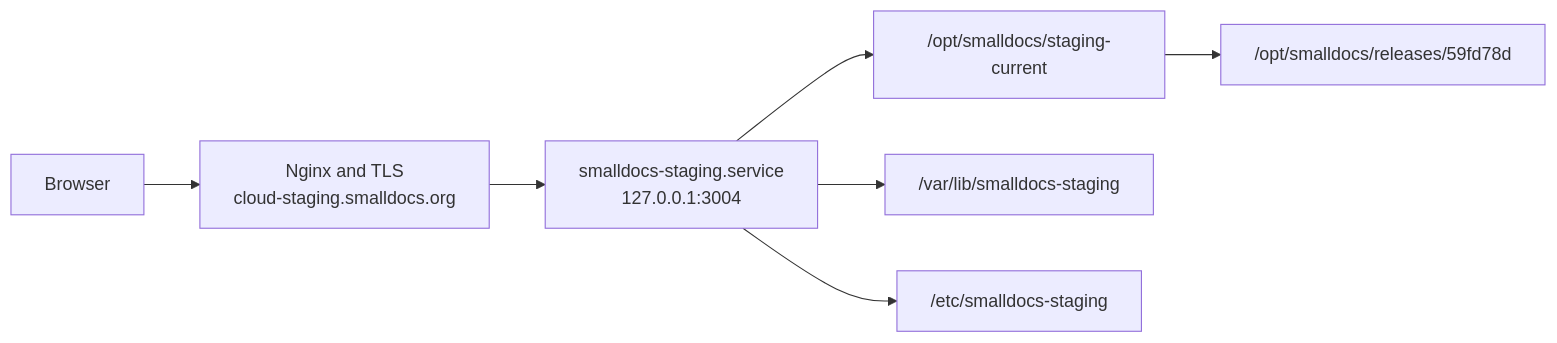
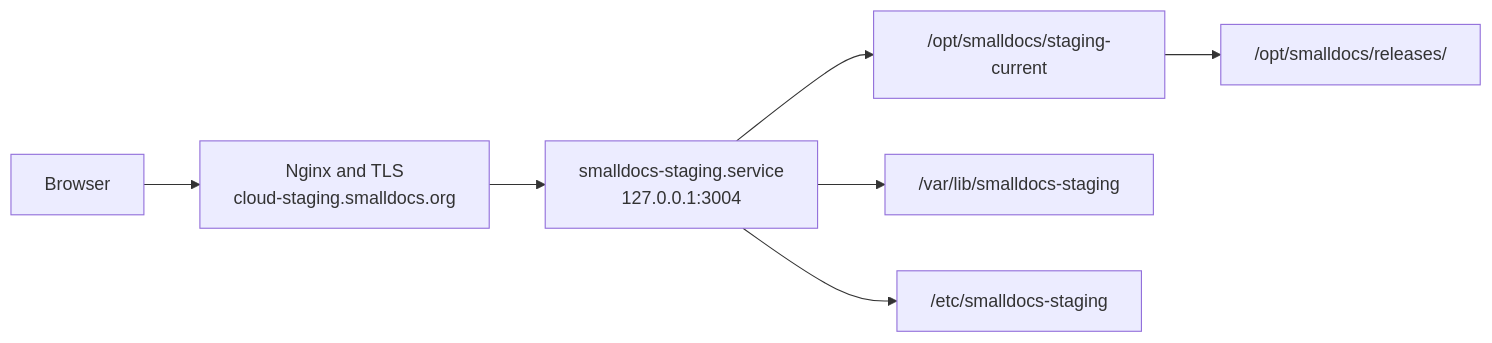
The diagram in research/cloud-testing-deployment-and-production-readiness.md (espressoplease/smalldocs), drawn with Mermaid before and after one commit. The commit also changed other lines of this file and 2 other files, not shown here.

````diff
--- a/research/cloud-testing-deployment-and-production-readiness.md
+++ b/research/cloud-testing-deployment-and-production-readiness.md
@@ -74,9 +64,9 @@
 ```mermaid
 flowchart LR
     Browser["Browser"] --> HTTPS["Nginx and TLS<br/>cloud-staging.smalldocs.org"]
     HTTPS --> App["smalldocs-staging.service<br/>127.0.0.1:3004"]
     App --> Release["/opt/smalldocs/staging-current"]
-    Release --> Commit["/opt/smalldocs/releases/59fd78d"]
+    Release --> Commit["/opt/smalldocs/releases/<full commit>"]
     App --> State["/var/lib/smalldocs-staging"]
     App --> Config["/etc/smalldocs-staging"]
 ```
````
